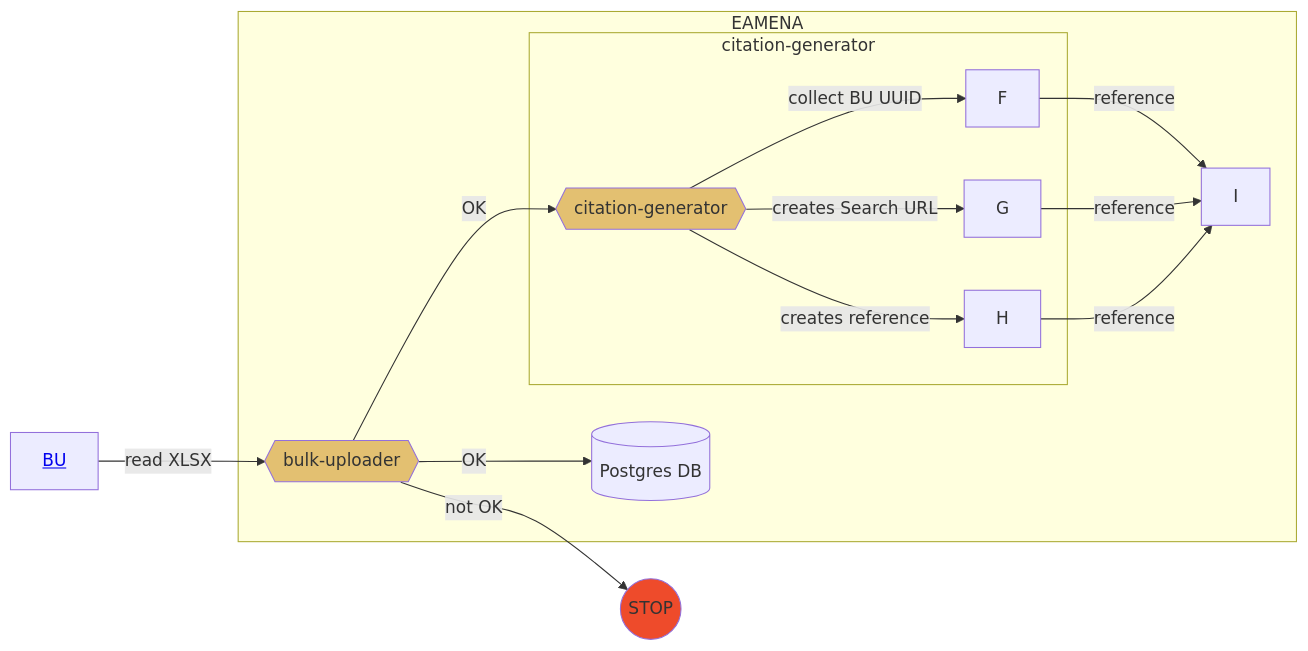
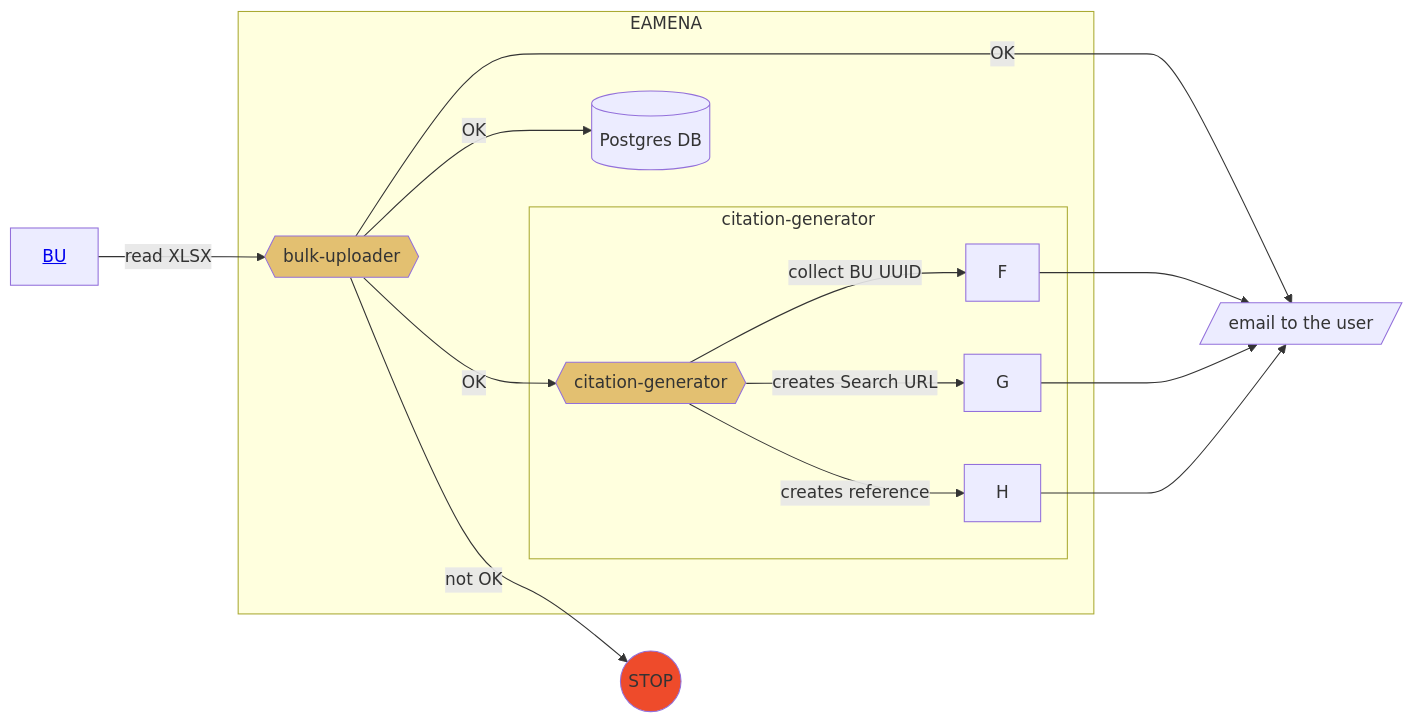
One commit to eamena-project/eamena-arches-dev changed the diagram in data/bibref/README.md. Above: the diagram before and after it, drawn with Mermaid.

Commit message:
citation README

````diff
--- a/data/bibref/README.md
+++ b/data/bibref/README.md
@@ -11,17 +11,18 @@
 ```mermaid
 flowchart LR
 	A[<a href='https://github.com/eamena-project/eamena-arches-dev/blob/main/dbs/database.eamena/docs/notes/Arches%207%20Upgrade.md#splitchunk'>BU</a>] --read XLSX--> B{{bulk-uploader}}:::eamenaFunc;
 	subgraph EAMENA
 	B -- OK --> C[(Postgres DB)];
 	B -- OK --> E{{citation-generator}}:::eamenaFunc;
 		subgraph citation-generator
 		E -- collect BU UUID --> F;
 		E -- creates Search URL --> G;
 		E -- creates reference --> H;
 		end
-		F & G & H -- reference --> I;
 	end
+	B -- OK --> I[/email to the user/];
+	F & G & H ---> I;
 	B -- not OK --> D((STOP)):::stop;
 	classDef eamenaFunc fill:#e3c071;
 	classDef stop fill:#EE4B2B;
 ```
````
